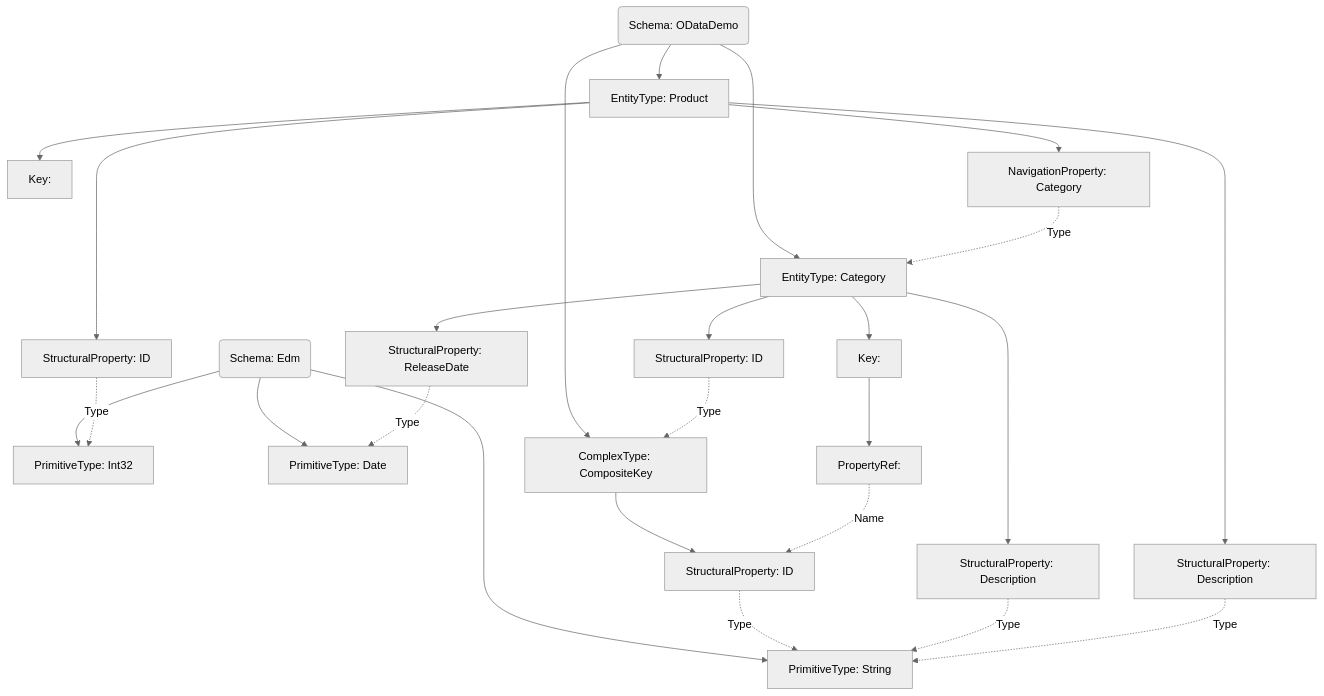
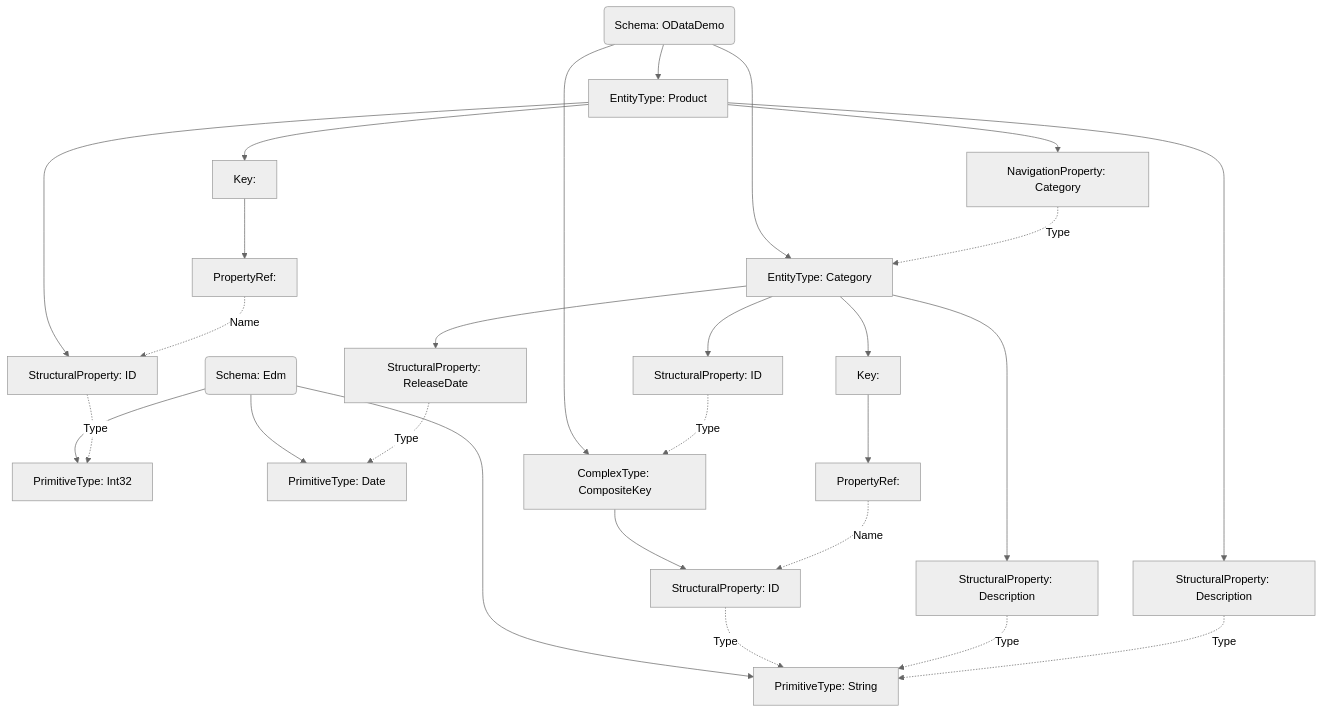
Before and after one commit to xtofs/mml: the diagram in src/generated/model.md, drawn with Mermaid (neutral theme). The commit also changed 12 other files, not shown here.

````diff
--- a/src/generated/model.md
+++ b/src/generated/model.md
@@ -1,46 +1,49 @@
 ```mermaid
     graph
 
     n0("Schema: Edm")
     n1["PrimitiveType: Int32"]
     n2["PrimitiveType: String"]
     n3["PrimitiveType: Date"]
     n4("Schema: ODataDemo")
     n5["ComplexType: CompositeKey"]
     n6["StructuralProperty: ID"]
     n7["EntityType: Category"]
-    n8["StructuralProperty: ID"]
-    n9["StructuralProperty: Description"]
-    n10["StructuralProperty: ReleaseDate"]
-    n11["Key: "]
-    n12["PropertyRef: "]
+    n8["Key: "]
+    n9["PropertyRef: "]
+    n10["StructuralProperty: ID"]
+    n11["StructuralProperty: Description"]
+    n12["StructuralProperty: ReleaseDate"]
     n13["EntityType: Product"]
     n14["Key: "]
-    n15["StructuralProperty: ID"]
-    n16["StructuralProperty: Description"]
-    n17["NavigationProperty: Category"]
+    n15["PropertyRef: "]
+    n16["StructuralProperty: ID"]
+    n17["StructuralProperty: Description"]
+    n18["NavigationProperty: Category"]
     n0-->n1
     n0-->n2
     n0-->n3
     n4-->n5
     n4-->n7
     n4-->n13
     n5-->n6
     n6-.->|Type|n2
     n7-->n8
-    n7-->n9
     n7-->n10
     n7-->n11
-    n8-.->|Type|n5
-    n9-.->|Type|n2
-    n10-.->|Type|n3
-    n11-->n12
-    n12-.->|Name|n6
+    n7-->n12
+    n8-->n9
+    n9-.->|Name|n6
+    n10-.->|Type|n5
+    n11-.->|Type|n2
+    n12-.->|Type|n3
     n13-->n14
-    n13-->n15
     n13-->n16
     n13-->n17
-    n15-.->|Type|n1
-    n16-.->|Type|n2
-    n17-.->|Type|n7
+    n13-->n18
+    n14-->n15
+    n15-.->|Name|n16
+    n16-.->|Type|n1
+    n17-.->|Type|n2
+    n18-.->|Type|n7
 ```
````
